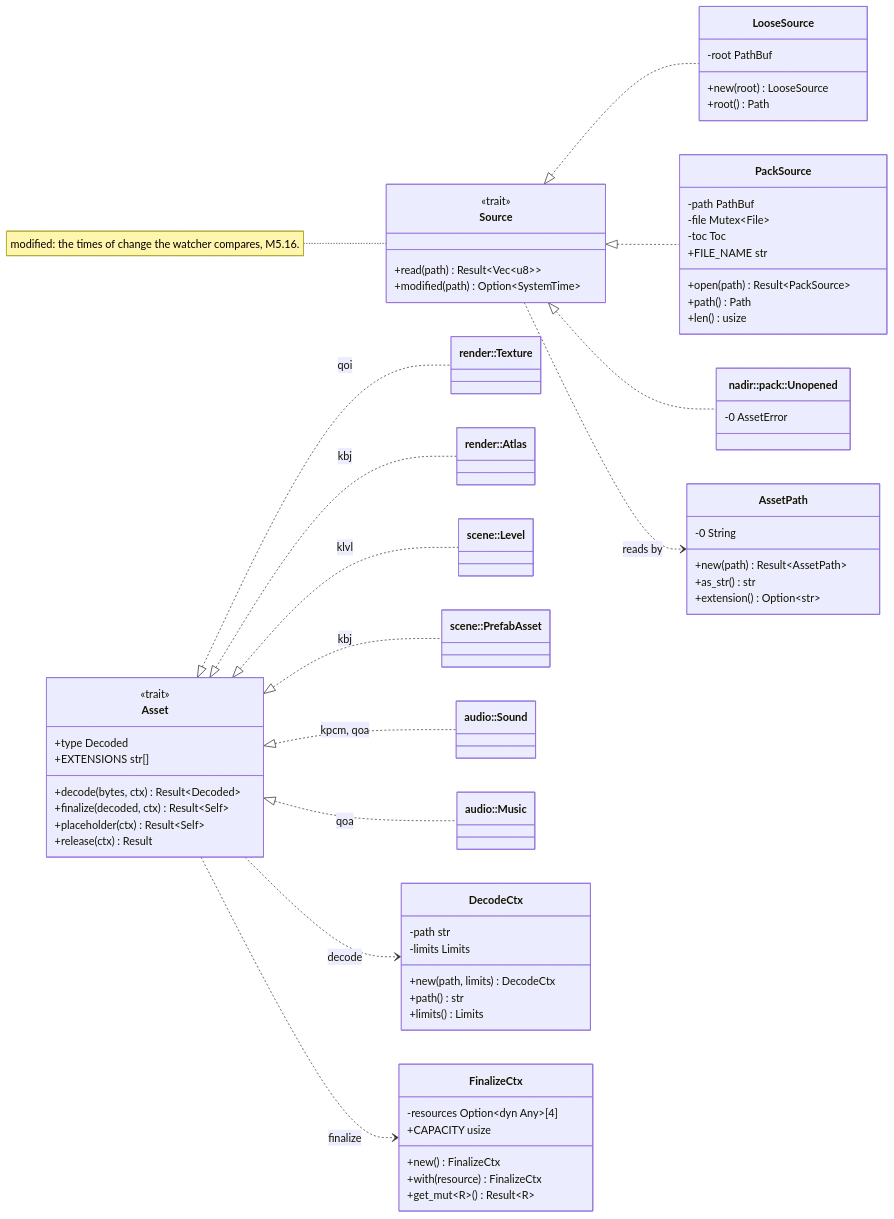
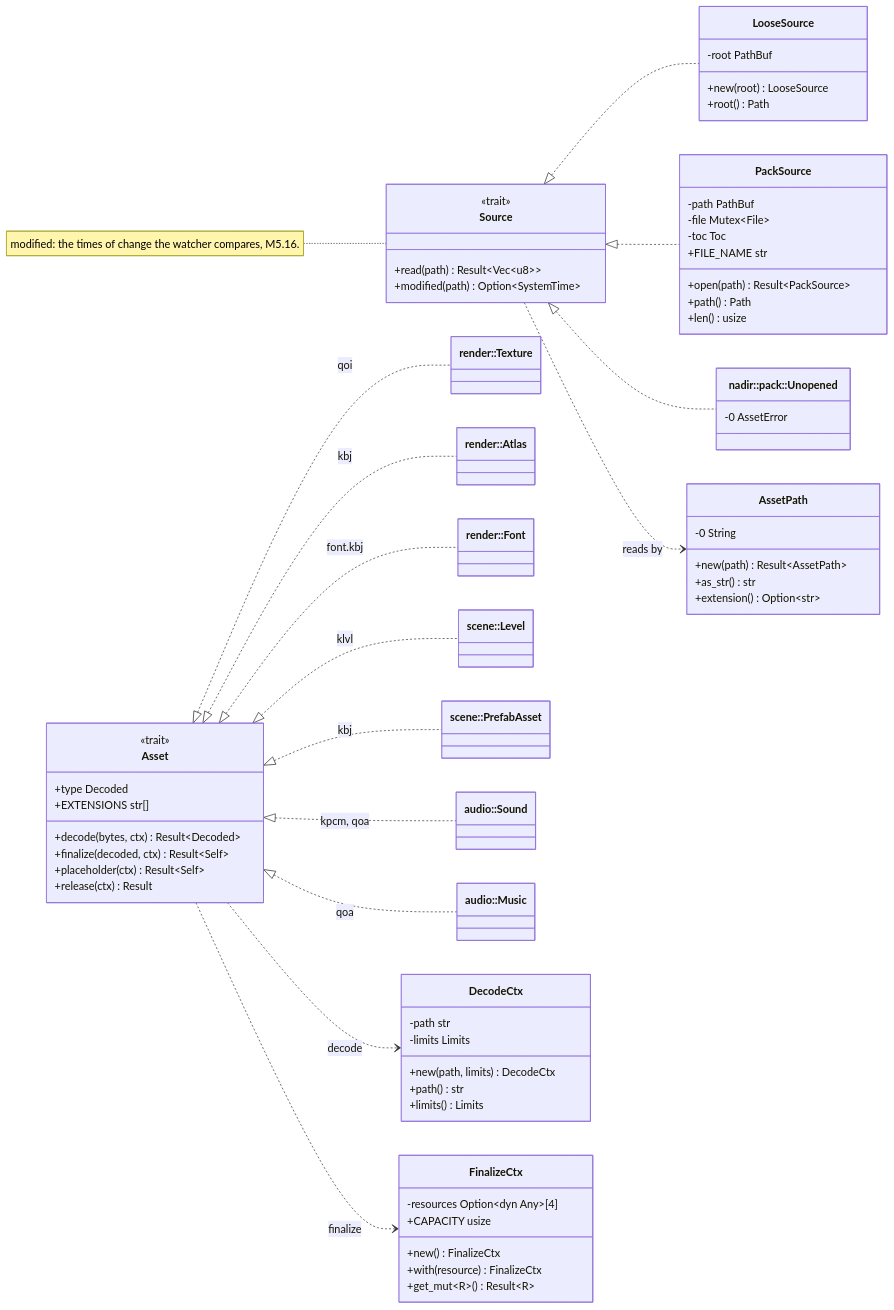
The ninth of 37 diagrams in diagrams/class-diagram.md (jabbott-iii/Nadir), drawn with Mermaid before and after one commit. The commit also changed other lines of this file and 38 other files, not shown here.

````diff
--- a/diagrams/class-diagram.md
+++ b/diagrams/class-diagram.md
@@ -702,74 +708,76 @@
 ```mermaid
 classDiagram
     direction LR
     class Asset {
         <<trait>>
         +type Decoded
         +EXTENSIONS str[]
         +decode(bytes, ctx) Result~Decoded~
         +finalize(decoded, ctx) Result~Self~
         +placeholder(ctx) Result~Self~
         +release(ctx) Result
     }
     class DecodeCtx {
         -path str
         -limits Limits
         +new(path, limits) DecodeCtx
         +path() str
         +limits() Limits
     }
     class FinalizeCtx {
         -resources Option~dyn Any~[4]
         +CAPACITY usize
         +new() FinalizeCtx
         +with(resource) FinalizeCtx
         +get_mut~R~() Result~R~
     }
     class Source {
         <<trait>>
         +read(path) Result~Vec~u8~~
         +modified(path) Option~SystemTime~
     }
     class LooseSource {
         -root PathBuf
         +new(root) LooseSource
         +root() Path
     }
     class PackSource {
         -path PathBuf
         -file Mutex~File~
         -toc Toc
         +FILE_NAME str
         +open(path) Result~PackSource~
         +path() Path
         +len() usize
     }
     class Unopened["nadir::pack::Unopened"] {
         -0 AssetError
     }
     class AssetPath {
         -0 String
         +new(path) Result~AssetPath~
         +as_str() str
         +extension() Option~str~
     }
     class Texture["render::Texture"]
     class Atlas["render::Atlas"]
+    class Font["render::Font"]
     class Level["scene::Level"]
     class PrefabAsset["scene::PrefabAsset"]
     class Sound["audio::Sound"]
     class Music["audio::Music"]
     Asset <|.. Texture : qoi
     Asset <|.. Atlas : kbj
+    Asset <|.. Font : font.kbj
     Asset <|.. Level : klvl
     Asset <|.. PrefabAsset : kbj
     Asset <|.. Sound : kpcm, qoa
     Asset <|.. Music : qoa
     Asset ..> DecodeCtx : decode
     Asset ..> FinalizeCtx : finalize
     Source <|.. LooseSource
     Source <|.. PackSource
     Source <|.. Unopened
     Source ..> AssetPath : reads by
     note for Source "modified: the times of change the watcher compares, M5.16."
 ```
````
